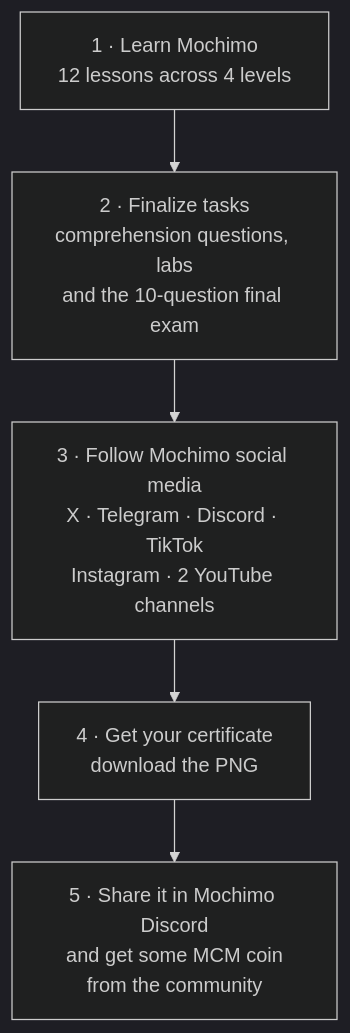
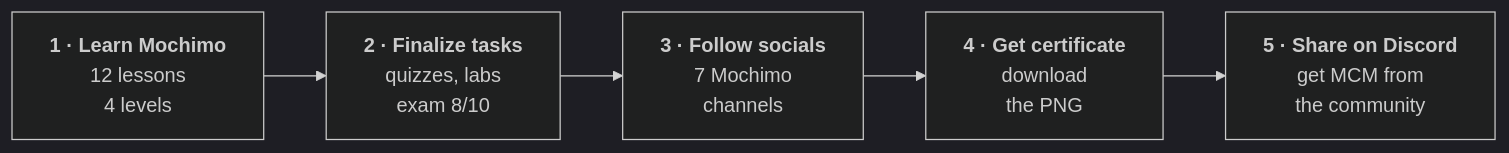
The diagram in README.md (ronnyfahrudin/Mochimo-education-platform), drawn with Mermaid (dark theme) before and after one commit.

Commit message:
Lay the learner flow diagram out horizontally

````diff
--- a/README.md
+++ b/README.md
@@ -9,7 +9,9 @@
 ```mermaid
-flowchart TD
-    A[1 · Learn Mochimo<br/>12 lessons across 4 levels] --> B[2 · Finalize tasks<br/>comprehension questions, labs<br/>and the 10-question final exam]
-    B --> C[3 · Follow Mochimo social media<br/>X · Telegram · Discord · TikTok<br/>Instagram · 2 YouTube channels]
-    C --> D[4 · Get your certificate<br/>download the PNG]
-    D --> E[5 · Share it in Mochimo Discord<br/>and get some MCM coin<br/>from the community]
+flowchart LR
+    A["<b>1 · Learn Mochimo</b><br/>12 lessons<br/>4 levels"]
+    B["<b>2 · Finalize tasks</b><br/>quizzes, labs<br/>exam 8/10"]
+    C["<b>3 · Follow socials</b><br/>7 Mochimo<br/>channels"]
+    D["<b>4 · Get certificate</b><br/>download<br/>the PNG"]
+    E["<b>5 · Share on Discord</b><br/>get MCM from<br/>the community"]
+    A --> B --> C --> D --> E
 ```
````
